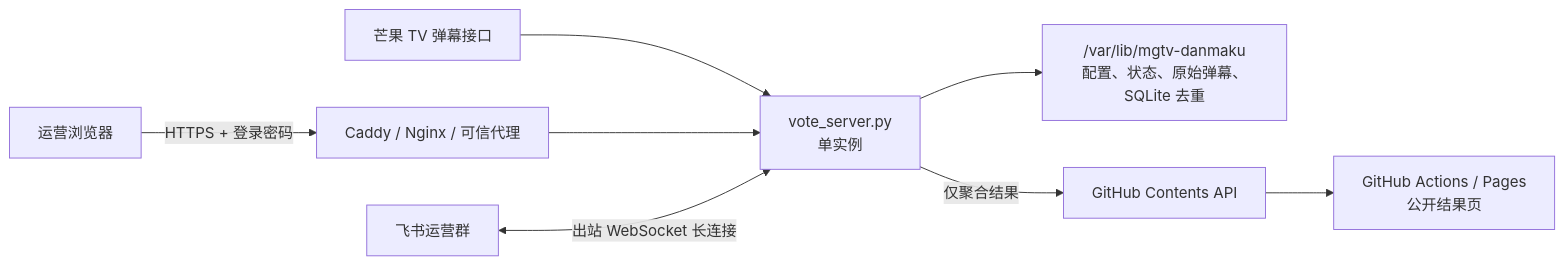
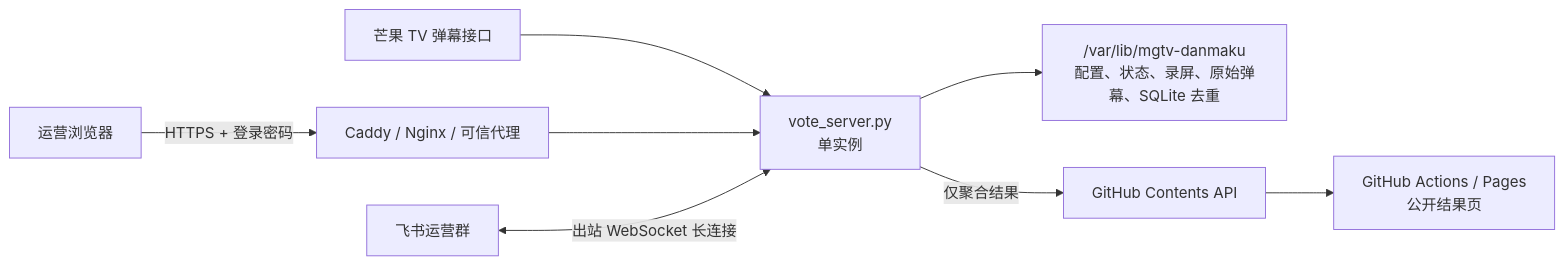
One commit to PYXXXX/MangoTV_Danmaku changed the diagram in docs/DEPLOYMENT.md. Above: the diagram before and after it, drawn with Mermaid. The commit also changed other lines of this file and 6 other files, not shown here.

```diff
--- a/docs/DEPLOYMENT.md
+++ b/docs/DEPLOYMENT.md
@@ -11,10 +11,10 @@
 ~~~mermaid
 flowchart LR
     MGTV["芒果 TV 弹幕接口"] --> SVC["vote_server.py<br/>单实例"]
     OP["运营浏览器"] -->|HTTPS + 登录密码| NGINX["Caddy / Nginx / 可信代理"]
     NGINX --> SVC
     FS["飞书运营群"] <-->|出站 WebSocket 长连接| SVC
-    SVC --> DATA["/var/lib/mgtv-danmaku<br/>配置、状态、原始弹幕、SQLite 去重"]
+    SVC --> DATA["/var/lib/mgtv-danmaku<br/>配置、状态、录屏、原始弹幕、SQLite 去重"]
     SVC -->|仅聚合结果| GH["GitHub Contents API"]
     GH --> PAGES["GitHub Actions / Pages<br/>公开结果页"]
 ~~~
```
